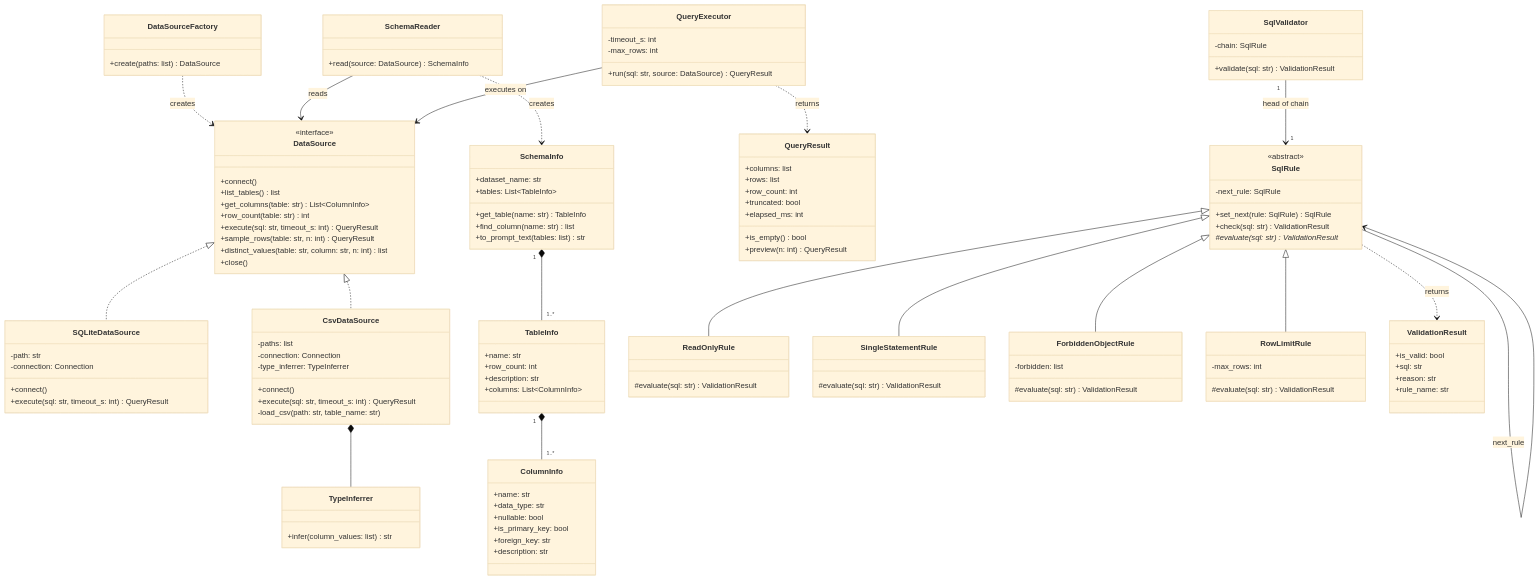
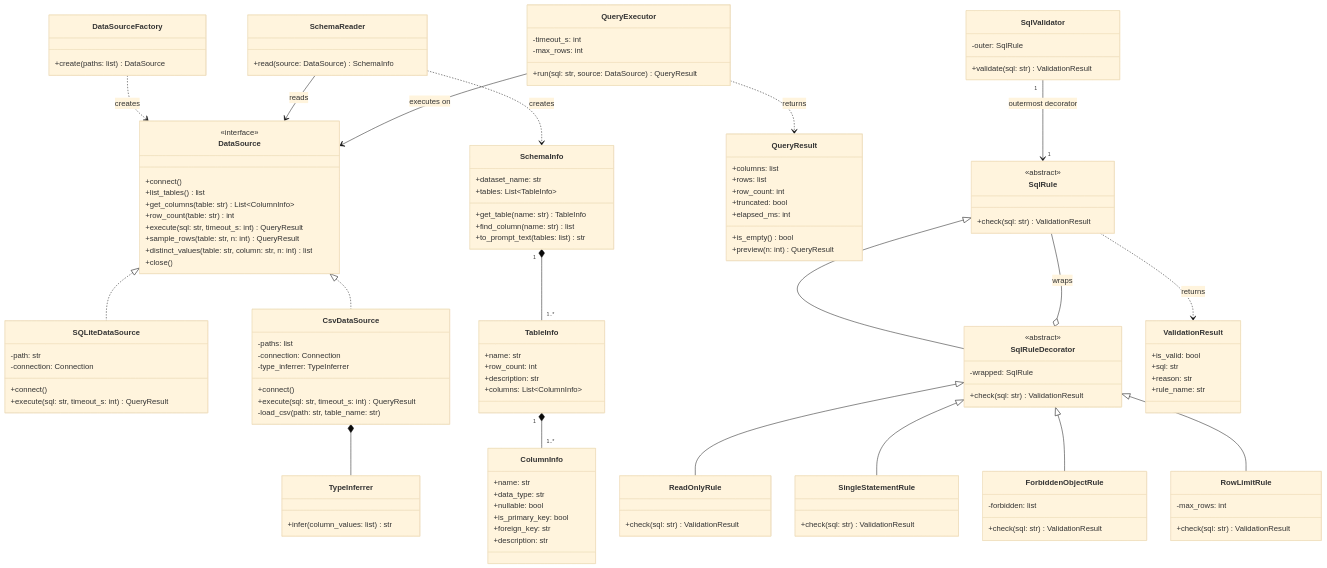
Before and after one commit to krishi-shah/eecs3311-askdb: the sixth of 17 diagrams in docs/Stage1_Design_Report.md, drawn with Mermaid (base theme). The commit also changed other lines of this file, not shown here.

Commit message:
Name only the design patterns taught in the course slides.

````diff
--- a/docs/Stage1_Design_Report.md
+++ b/docs/Stage1_Design_Report.md
@@ -1096,29 +1096,31 @@
         +preview(n: int) QueryResult
     }
     class SqlValidator {
-        -chain: SqlRule
+        -outer: SqlRule
         +validate(sql: str) ValidationResult
     }
     class SqlRule {
         <<abstract>>
-        -next_rule: SqlRule
-        +set_next(rule: SqlRule) SqlRule
         +check(sql: str) ValidationResult
-        #evaluate(sql: str) ValidationResult*
+    }
+    class SqlRuleDecorator {
+        <<abstract>>
+        -wrapped: SqlRule
+        +check(sql: str) ValidationResult
     }
     class ReadOnlyRule {
-        #evaluate(sql: str) ValidationResult
+        +check(sql: str) ValidationResult
     }
     class SingleStatementRule {
-        #evaluate(sql: str) ValidationResult
+        +check(sql: str) ValidationResult
     }
     class ForbiddenObjectRule {
         -forbidden: list
-        #evaluate(sql: str) ValidationResult
+        +check(sql: str) ValidationResult
     }
     class RowLimitRule {
         -max_rows: int
-        #evaluate(sql: str) ValidationResult
+        +check(sql: str) ValidationResult
     }
     class ValidationResult {
         +is_valid: bool
@@ -1137,11 +1139,12 @@
     TableInfo "1" *-- "1..*" ColumnInfo
     QueryExecutor --> DataSource : executes on
     QueryExecutor ..> QueryResult : returns
-    SqlValidator "1" --> "1" SqlRule : head of chain
-    SqlRule --> SqlRule : next_rule
-    SqlRule <|-- ReadOnlyRule
-    SqlRule <|-- SingleStatementRule
-    SqlRule <|-- ForbiddenObjectRule
-    SqlRule <|-- RowLimitRule
+    SqlValidator "1" --> "1" SqlRule : outermost decorator
+    SqlRule <|-- SqlRuleDecorator
+    SqlRuleDecorator o-- SqlRule : wraps
+    SqlRuleDecorator <|-- ReadOnlyRule
+    SqlRuleDecorator <|-- SingleStatementRule
+    SqlRuleDecorator <|-- ForbiddenObjectRule
+    SqlRuleDecorator <|-- RowLimitRule
     SqlRule ..> ValidationResult : returns
 ```
````
